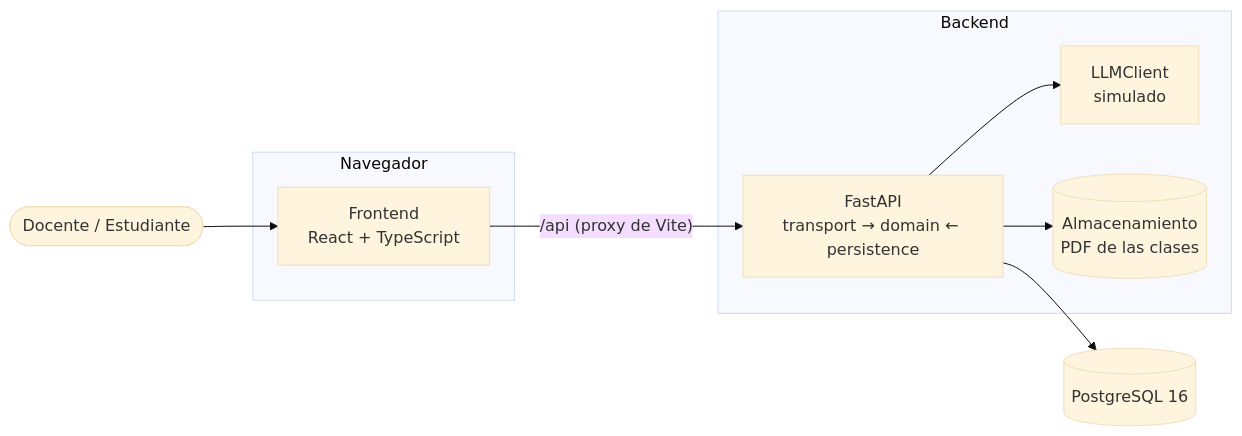
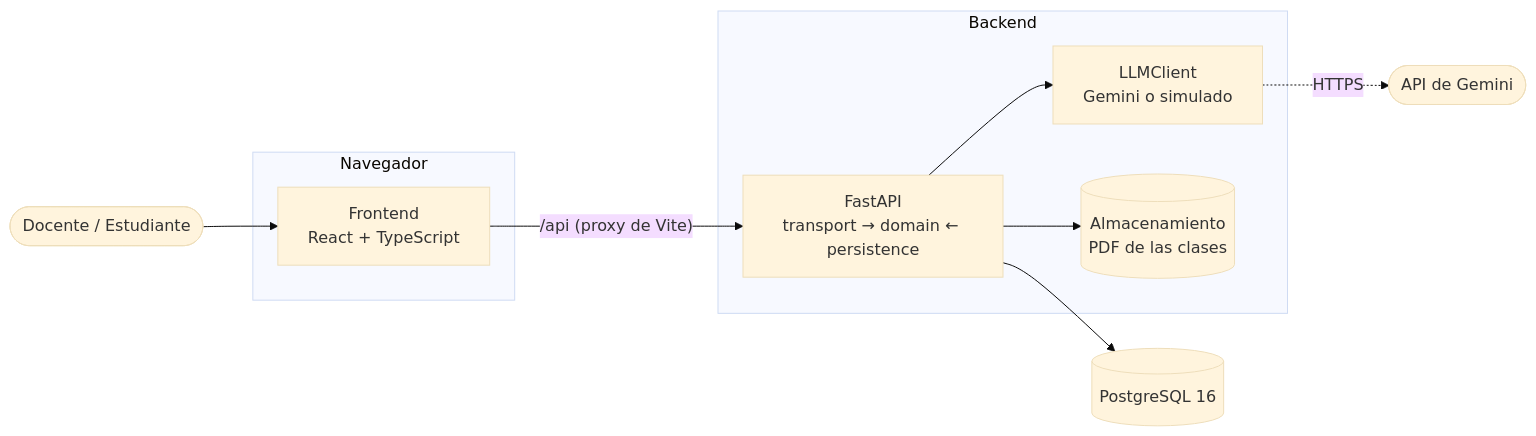
The first of 7 diagrams in docs/003-arquitectura.md (lauramgrisalesgarcia/practica-ia), drawn with Mermaid (base theme) before and after one commit. The commit also changed other lines of this file and 5 other files, not shown here.

````diff
--- a/docs/003-arquitectura.md
+++ b/docs/003-arquitectura.md
@@ -9,20 +9,21 @@
 ```mermaid
 flowchart LR
     U([Docente / Estudiante]) --> FE
 
     subgraph Navegador
         FE[Frontend<br/>React + TypeScript]
     end
 
     FE -- "/api (proxy de Vite)" --> API
 
     subgraph Backend
         API[FastAPI<br/>transport → domain ← persistence]
-        LLM[LLMClient<br/>simulado]
+        LLM[LLMClient<br/>Gemini o simulado]
         FS[(Almacenamiento<br/>PDF de las clases)]
     end
 
     API --> DB[(PostgreSQL 16)]
     API --> FS
     API --> LLM
+    LLM -. HTTPS .-> G([API de Gemini])
 ```
````
